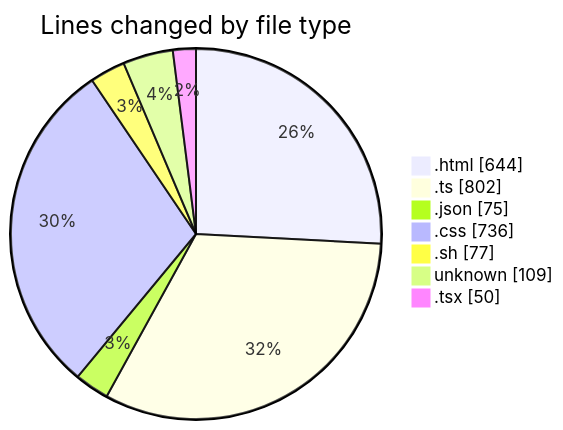
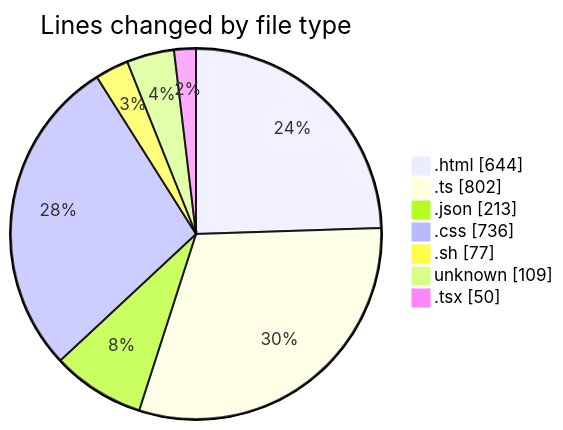
The first of 2 diagrams in 2025-07-20/defer/README.md (EIIisD/code-tracking), drawn with Mermaid before and after one commit. The commit also changed other lines of this file and 1 other file, not shown here.

````diff
--- a/2025-07-20/defer/README.md
+++ b/2025-07-20/defer/README.md
@@ -32,11 +34,11 @@
 ```mermaid
 pie showData
 title Lines changed by file type
 ".html" : 644
 ".ts" : 802
-".json" : 75
+".json" : 213
 ".css" : 736
 ".sh" : 77
 "unknown" : 109
 ".tsx" : 50
 ```
````
